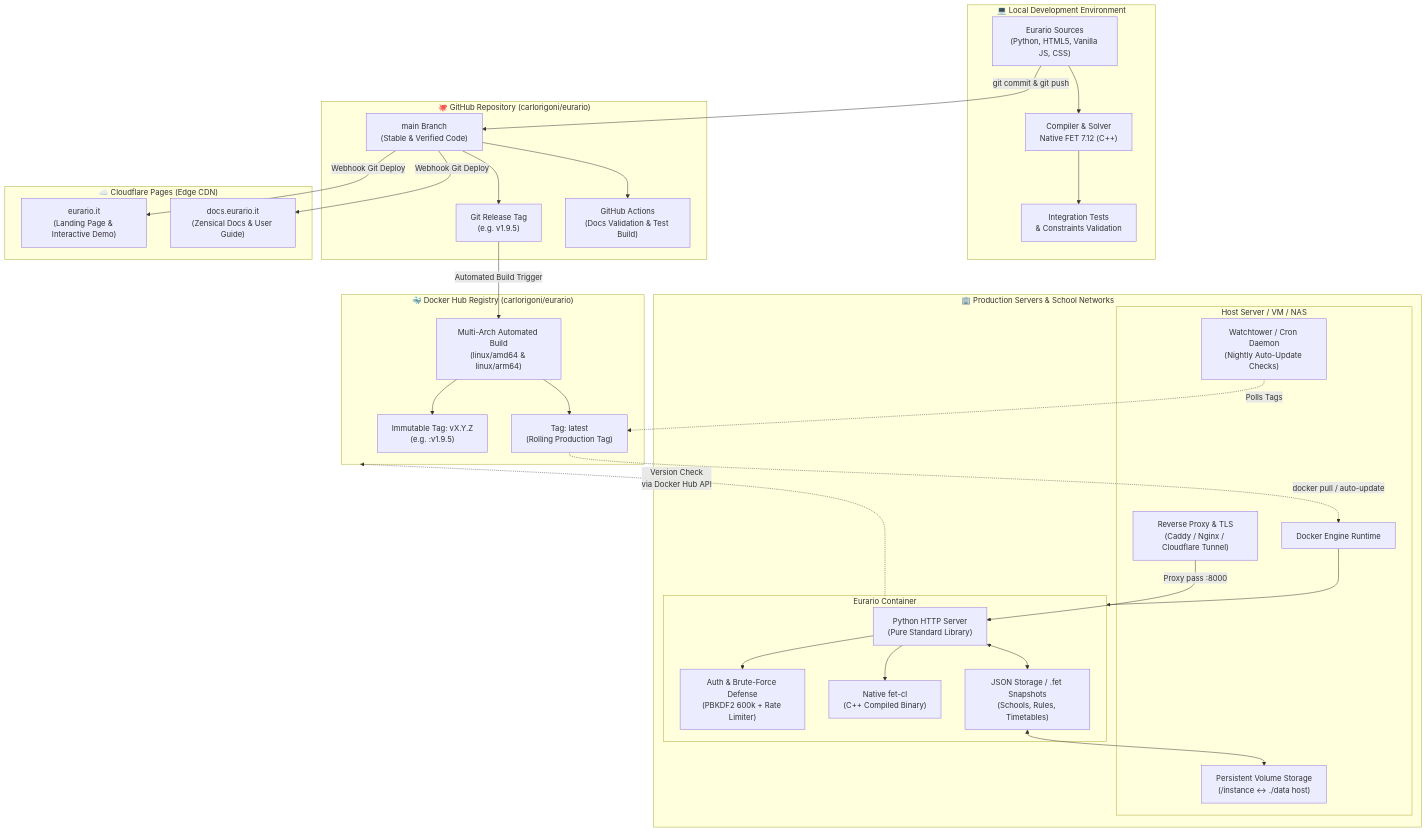
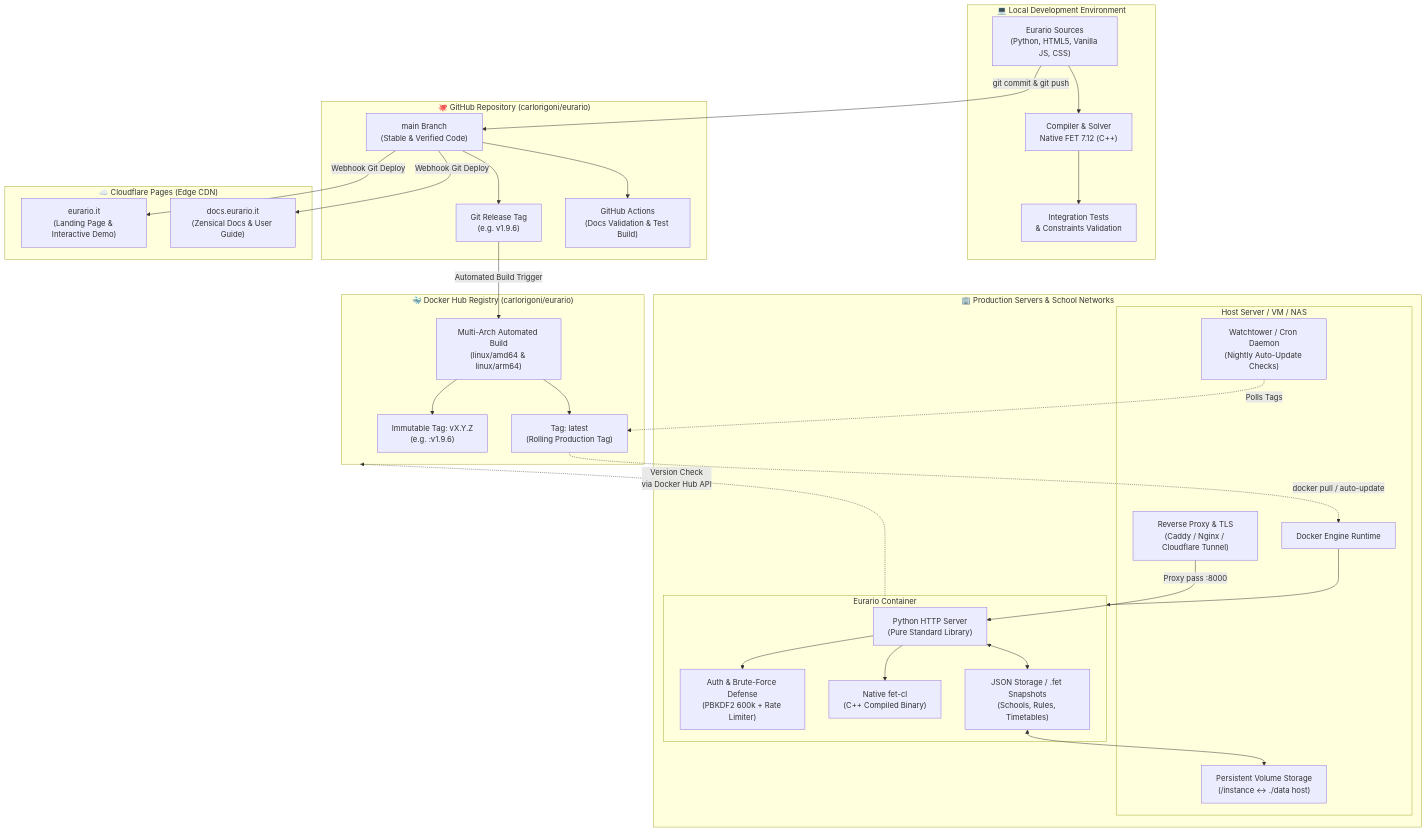
The first of 4 diagrams in docs/en/architecture.md (carlorigoni/SmartTimetableFET), drawn with Mermaid before and after one commit. The commit also changed other lines of this file and 1 other file, not shown here.

Commit message:
docs(architecture): expand Cloudflare ecosystem guide with Pages, DNS/WAF, and Zero-Trust Tunnel diagrams

````diff
--- a/docs/en/architecture.md
+++ b/docs/en/architecture.md
@@ -18,63 +18,63 @@
 ```mermaid
 flowchart TD
     subgraph LocalDev["💻 Local Development Environment"]
         DevFiles["Eurario Sources\n(Python, HTML5, Vanilla JS, CSS)"]
         LocalFET["Compiler & Solver\nNative FET 7.12 (C++)"]
         LocalTest["Integration Tests\n& Constraints Validation"]
         DevFiles --> LocalFET
         LocalFET --> LocalTest
     end
 
     subgraph GitHubRepo["🐙 GitHub Repository (carlorigoni/eurario)"]
         MainBranch["main Branch\n(Stable & Verified Code)"]
-        GitTag["Git Release Tag\n(e.g. v1.9.5)"]
+        GitTag["Git Release Tag\n(e.g. v1.9.6)"]
         GHActions["GitHub Actions\n(Docs Validation & Test Build)"]
         MainBranch --> GitTag
         MainBranch --> GHActions
     end
 
     subgraph CDNPipeline["☁️ Cloudflare Pages (Edge CDN)"]
         CF_Landing["eurario.it\n(Landing Page & Interactive Demo)"]
         CF_Docs["docs.eurario.it\n(Zensical Docs & User Guide)"]
     end
 
     subgraph ContainerRegistry["🐳 Docker Hub Registry (carlorigoni/eurario)"]
         MultiArchBuild["Multi-Arch Automated Build\n(linux/amd64 & linux/arm64)"]
         TagLatest["Tag: latest\n(Rolling Production Tag)"]
-        TagVersion["Immutable Tag: vX.Y.Z\n(e.g. :v1.9.5)"]
+        TagVersion["Immutable Tag: vX.Y.Z\n(e.g. :v1.9.6)"]
         MultiArchBuild --> TagLatest
         MultiArchBuild --> TagVersion
     end
 
     subgraph ProductionEnv["🏢 Production Servers & School Networks"]
         subgraph ServerHost["Host Server / VM / NAS"]
             ReverseProxy["Reverse Proxy & TLS\n(Caddy / Nginx / Cloudflare Tunnel)"]
             DockerEngine["Docker Engine Runtime"]
             Watchtower["Watchtower / Cron Daemon\n(Nightly Auto-Update Checks)"]
             PersistentVol["Persistent Volume Storage\n(/instance <-> ./data host)"]
         end
         subgraph ContainerApp["Eurario Container"]
             PyServer["Python HTTP Server\n(Pure Standard Library)"]
             AuthEngine["Auth & Brute-Force Defense\n(PBKDF2 600k + Rate Limiter)"]
             FETExec["Native fet-cl\n(C++ Compiled Binary)"]
             LocalData["JSON Storage / .fet Snapshots\n(Schools, Rules, Timetables)"]
         end
     end
 
     %% Environment Relationships
     DevFiles -->|"git commit & git push"| MainBranch
     GitTag -->|"Automated Build Trigger"| MultiArchBuild
     MainBranch -->|"Webhook Git Deploy"| CF_Landing
     MainBranch -->|"Webhook Git Deploy"| CF_Docs
 
     TagLatest -.->|"docker pull / auto-update"| DockerEngine
     DockerEngine --> ContainerApp
     ReverseProxy -->|"Proxy pass :8000"| PyServer
     PyServer --> AuthEngine
     PyServer --> FETExec
     PyServer <--> LocalData
     LocalData <--> PersistentVol
     Watchtower -.->|"Polls Tags"| TagLatest
 
     ContainerApp -.->|"Version Check\nvia Docker Hub API"| ContainerRegistry
 ```
````
